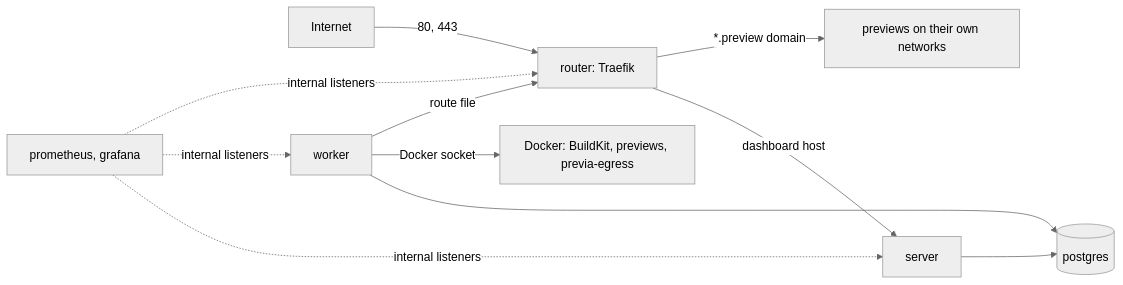
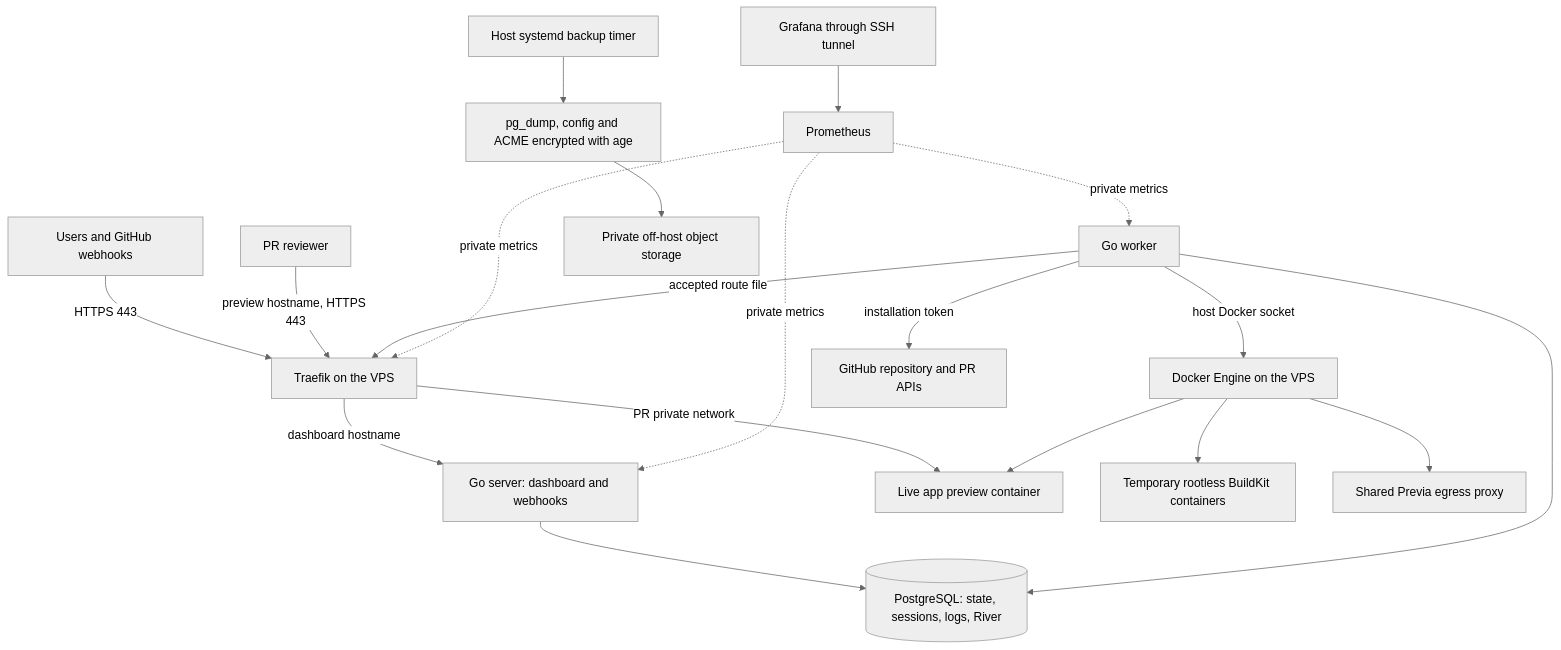
The diagram in docs/24-production-deployment.md (ajaykathwate/Previa), drawn with Mermaid (neutral theme) before and after one commit. The commit also changed other lines of this file, not shown here.

````diff
--- a/docs/24-production-deployment.md
+++ b/docs/24-production-deployment.md
@@ -16,11 +123,21 @@
 ```mermaid
-flowchart LR
-    Internet -->|80, 443| R[router: Traefik]
-    R -->|dashboard host| S[server]
-    R -->|"*.preview domain"| P[previews on their own networks]
-    S --> DB[(postgres)]
-    W[worker] --> DB
-    W -->|Docker socket| D[Docker: BuildKit, previews, previa-egress]
-    W -->|route file| R
-    Prom[prometheus, grafana] -.->|internal listeners| S & W & R
+flowchart TD
+    User[Users and GitHub webhooks] -->|HTTPS 443| Router[Traefik on the VPS]
+    Router -->|dashboard hostname| Server[Go server: dashboard and webhooks]
+    Reviewer[PR reviewer] -->|preview hostname, HTTPS 443| Router
+    Router -->|PR private network| Preview[Live app preview container]
+    Server --> DB[(PostgreSQL: state, sessions, logs, River)]
+    Worker[Go worker] --> DB
+    Worker -->|host Docker socket| Engine[Docker Engine on the VPS]
+    Engine --> Builder[Temporary rootless BuildKit containers]
+    Engine --> Preview
+    Engine --> Egress[Shared Previa egress proxy]
+    Worker -->|accepted route file| Router
+    Worker -->|installation token| GitHub[GitHub repository and PR APIs]
+    Prom[Prometheus] -.->|private metrics| Server
+    Prom -.->|private metrics| Worker
+    Prom -.->|private metrics| Router
+    Grafana[Grafana through SSH tunnel] --> Prom
+    Timer[Host systemd backup timer] --> Backup[pg_dump, config and ACME encrypted with age]
+    Backup --> Storage[Private off-host object storage]
 ```
````
